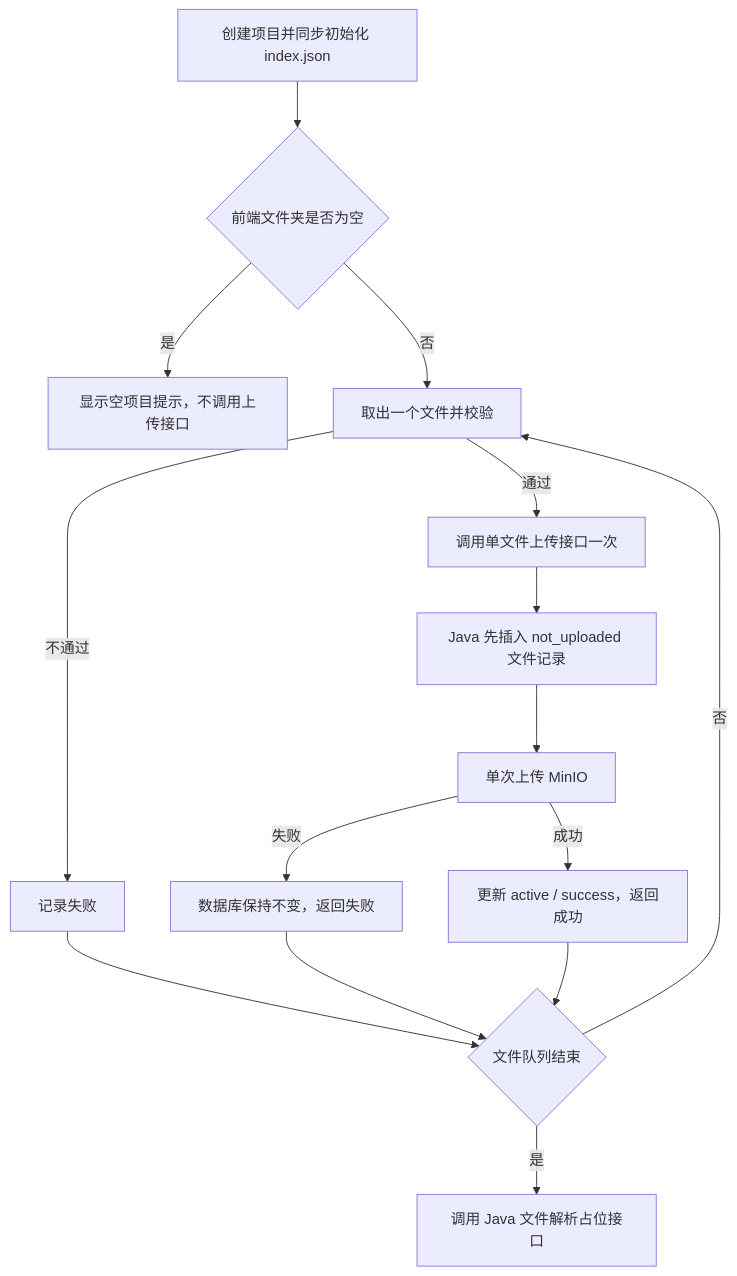
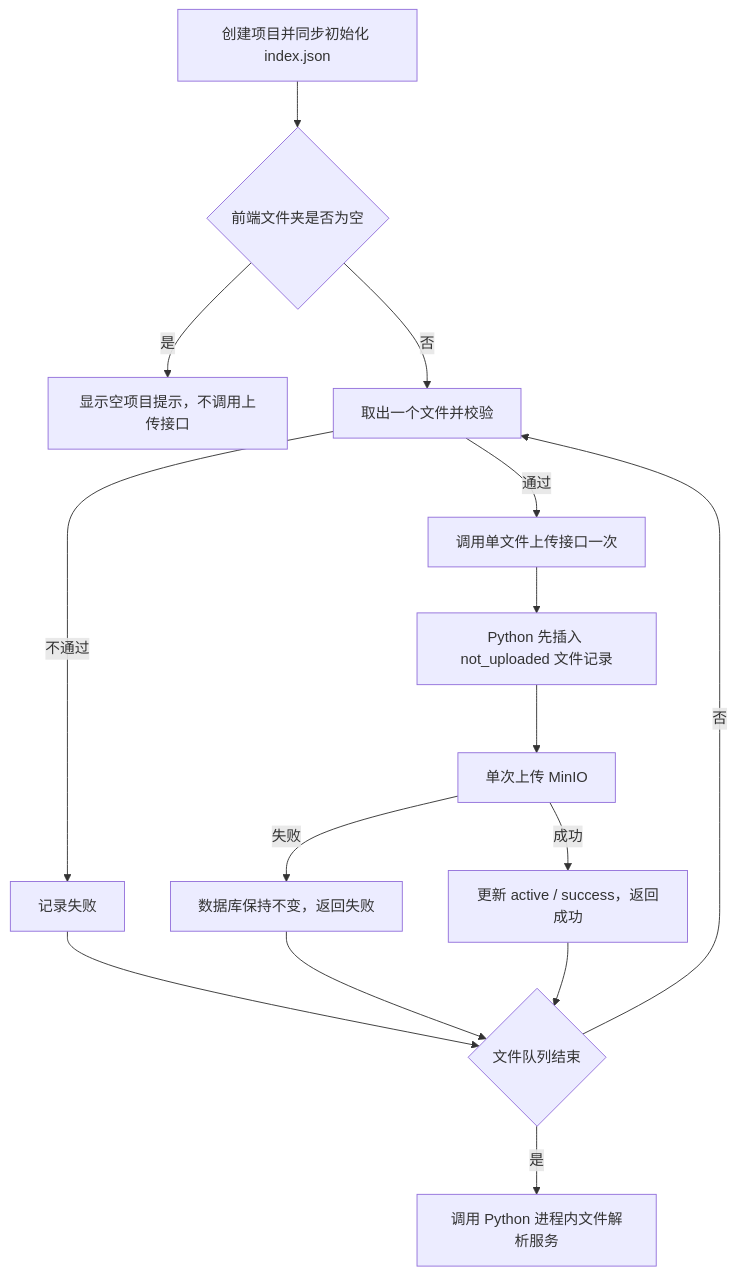
Before and after one commit to ningningsenpai/PM-AGENT: the diagram in docs/03-业务流程.md, drawn with Mermaid. The commit also changed other lines of this file and 256 other files, not shown here.

````diff
--- a/docs/03-业务流程.md
+++ b/docs/03-业务流程.md
@@ -199,17 +199,17 @@
 ```mermaid
 flowchart TD
     A["创建项目并同步初始化 index.json"] --> B{"前端文件夹是否为空"}
     B -->|是| C["显示空项目提示，不调用上传接口"]
     B -->|否| D["取出一个文件并校验"]
     D -->|不通过| E["记录失败"]
     D -->|通过| F["调用单文件上传接口一次"]
-    F --> G["Java 先插入 not_uploaded 文件记录"]
+    F --> G["Python 先插入 not_uploaded 文件记录"]
     G --> H["单次上传 MinIO"]
     H -->|失败| I["数据库保持不变，返回失败"]
     H -->|成功| J["更新 active / success，返回成功"]
     E --> K{"文件队列结束"}
     I --> K
     J --> K
     K -->|否| D
-    K -->|是| L["调用 Java 文件解析占位接口"]
+    K -->|是| L["调用 Python 进程内文件解析服务"]
 ```
````
